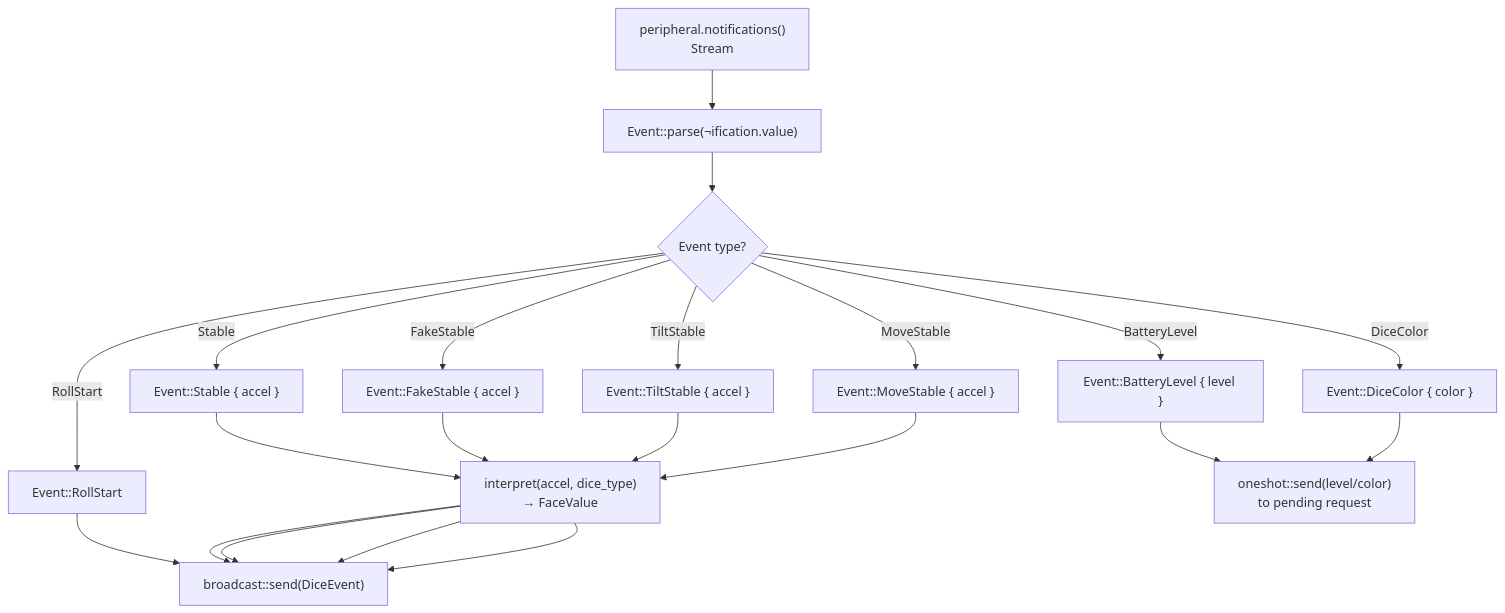
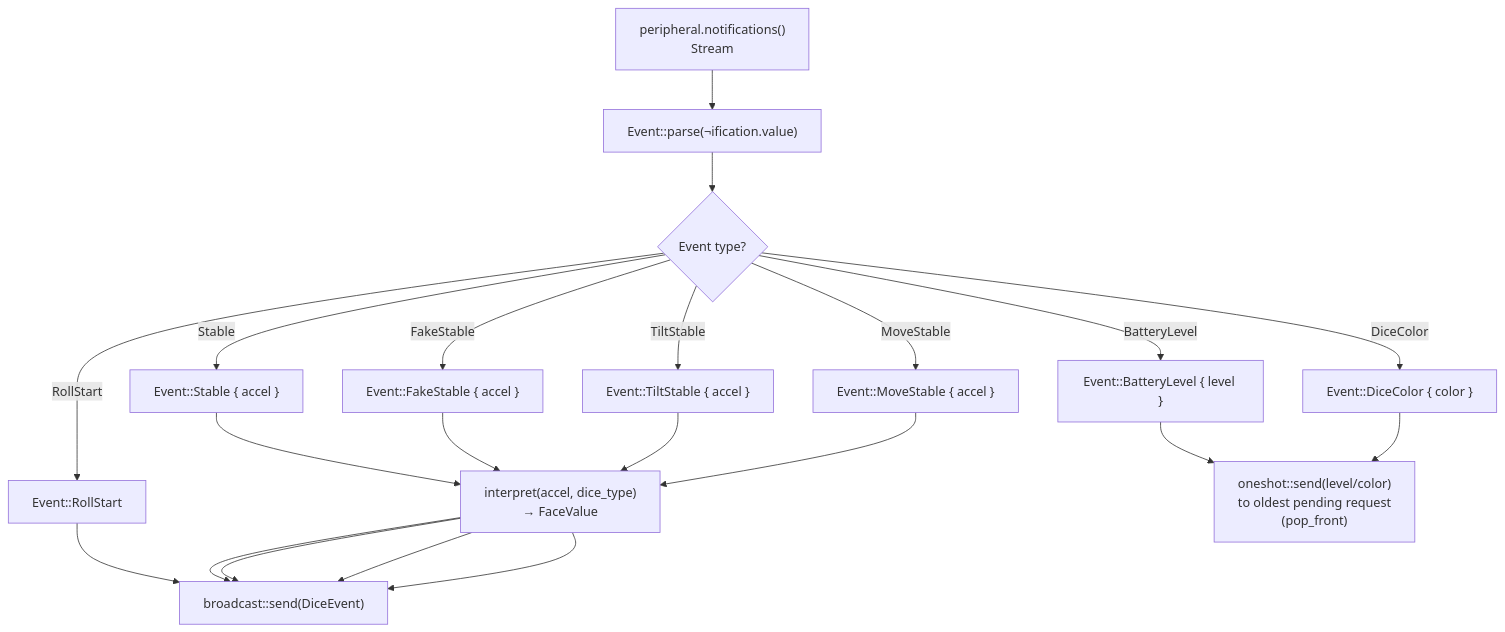
Diagram 15 of 34 in concepts/planned/DICE_RS.md (smearor/dice-rs), drawn with Mermaid before and after one commit. The commit also changed other lines of this file, not shown here.

````diff
--- a/concepts/planned/DICE_RS.md
+++ b/concepts/planned/DICE_RS.md
@@ -1324,27 +1551,27 @@
 ```mermaid
 flowchart TB
     stream["peripheral.notifications()\nStream<ValueNotification>"]
     parse["Event::parse(&notification.value)"]
     matchEvent{"Event type?"}
 
     rollStart["Event::RollStart"]
     stable["Event::Stable { accel }"]
     fakeStable["Event::FakeStable { accel }"]
     tiltStable["Event::TiltStable { accel }"]
     moveStable["Event::MoveStable { accel }"]
     battery["Event::BatteryLevel { level }"]
     color["Event::DiceColor { color }"]
 
     interpret["interpret(accel, dice_type)\n→ FaceValue"]
     broadcast["broadcast::send(DiceEvent)"]
-    oneshot["oneshot::send(level/color)\nto pending request"]
+    oneshot["oneshot::send(level/color)\nto oldest pending request\n(pop_front)"]
 
     stream --> parse --> matchEvent
     matchEvent -->|RollStart| rollStart --> broadcast
     matchEvent -->|Stable| stable --> interpret --> broadcast
     matchEvent -->|FakeStable| fakeStable --> interpret --> broadcast
     matchEvent -->|TiltStable| tiltStable --> interpret --> broadcast
     matchEvent -->|MoveStable| moveStable --> interpret --> broadcast
     matchEvent -->|BatteryLevel| battery --> oneshot
     matchEvent -->|DiceColor| color --> oneshot
 ```
````
